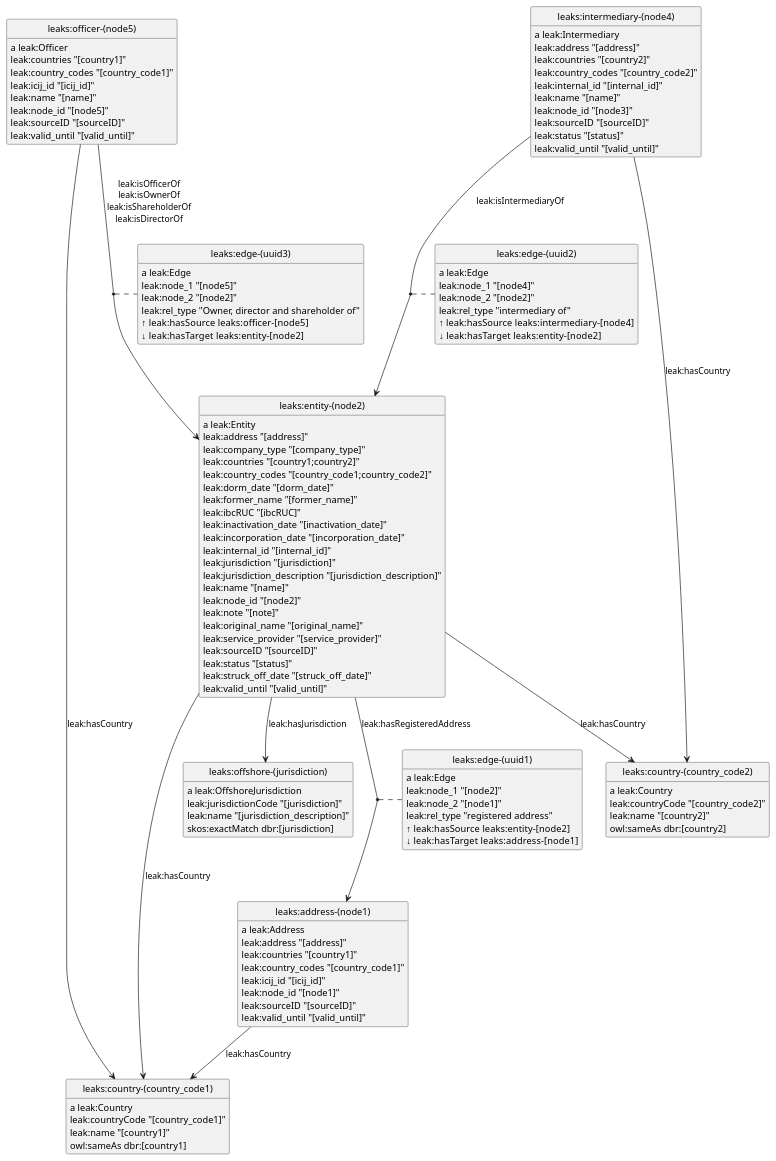
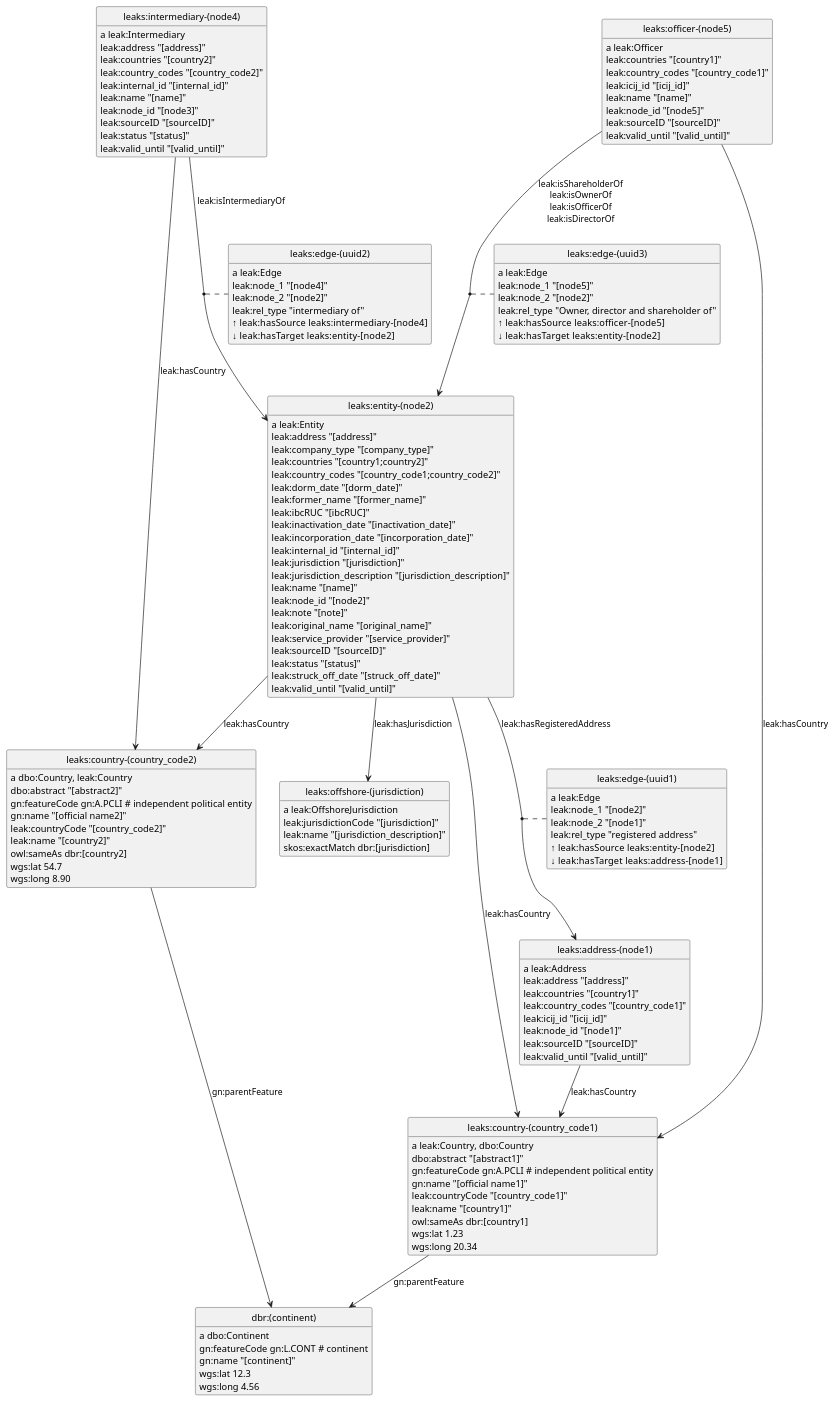
Before and after one commit to Ontotext-AD/leaks: the diagram in model.puml, drawn with PlantUML. The commit also changed 6 other files, not shown here.

```diff
--- a/model.puml
+++ b/model.puml
@@ -1,106 +1,124 @@
 @startuml
 hide empty methods
 hide empty attributes
 hide circle
 skinparam classAttributeIconSize 0
+class leaks_country__country_code1_ as "leaks:country-(country_code1)"
+leaks_country__country_code1_ : a leak:Country, dbo:Country
+class dbr__continent_ as "dbr:(continent)"
+leaks_country__country_code1_ --> dbr__continent_ : gn:parentFeature
+leaks_country__country_code1_ : dbo:abstract "[abstract1]"
+leaks_country__country_code1_ : gn:featureCode gn:A.PCLI # independent political entity
+leaks_country__country_code1_ : gn:name "[official name1]"
+leaks_country__country_code1_ : leak:countryCode "[country_code1]"
+leaks_country__country_code1_ : leak:name "[country1]"
+leaks_country__country_code1_ : owl:sameAs dbr:[country1]
+leaks_country__country_code1_ : wgs:lat 1.23
+leaks_country__country_code1_ : wgs:long 20.34
+class leaks_edge__uuid1_ as "leaks:edge-(uuid1)"
+leaks_edge__uuid1_ : a leak:Edge
+leaks_edge__uuid1_ : leak:node_1 "[node2]"
+leaks_edge__uuid1_ : leak:node_2 "[node1]"
+leaks_edge__uuid1_ : leak:rel_type "registered address"
+dbr__continent_ : a dbo:Continent
+dbr__continent_ : gn:featureCode gn:L.CONT # continent
+dbr__continent_ : gn:name "[continent]"
+dbr__continent_ : wgs:lat 12.3
+dbr__continent_ : wgs:long 4.56
+class leaks_edge__uuid3_ as "leaks:edge-(uuid3)"
+leaks_edge__uuid3_ : a leak:Edge
+leaks_edge__uuid3_ : leak:node_1 "[node5]"
+leaks_edge__uuid3_ : leak:node_2 "[node2]"
+leaks_edge__uuid3_ : leak:rel_type "Owner, director and shareholder of"
+class leaks_address__node1_ as "leaks:address-(node1)"
+leaks_address__node1_ : a leak:Address
+leaks_address__node1_ --> leaks_country__country_code1_ : leak:hasCountry
+leaks_address__node1_ : leak:address "[address]"
+leaks_address__node1_ : leak:countries "[country1]"
+leaks_address__node1_ : leak:country_codes "[country_code1]"
+leaks_address__node1_ : leak:icij_id "[icij_id]"
+leaks_address__node1_ : leak:node_id "[node1]"
+leaks_address__node1_ : leak:sourceID "[sourceID]"
+leaks_address__node1_ : leak:valid_until "[valid_until]"
 class leaks_intermediary__node4_ as "leaks:intermediary-(node4)"
 leaks_intermediary__node4_ : a leak:Intermediary
 class leaks_country__country_code2_ as "leaks:country-(country_code2)"
 leaks_intermediary__node4_ --> leaks_country__country_code2_ : leak:hasCountry
 class leaks_entity__node2_ as "leaks:entity-(node2)"
 leaks_intermediary__node4_ --> leaks_entity__node2_ : leak:isIntermediaryOf
 leaks_intermediary__node4_ : leak:address "[address]"
 leaks_intermediary__node4_ : leak:countries "[country2]"
 leaks_intermediary__node4_ : leak:country_codes "[country_code2]"
 leaks_intermediary__node4_ : leak:internal_id "[internal_id]"
 leaks_intermediary__node4_ : leak:name "[name]"
 leaks_intermediary__node4_ : leak:node_id "[node3]"
 leaks_intermediary__node4_ : leak:sourceID "[sourceID]"
 leaks_intermediary__node4_ : leak:status "[status]"
 leaks_intermediary__node4_ : leak:valid_until "[valid_until]"
-class leaks_edge__uuid1_ as "leaks:edge-(uuid1)"
-leaks_edge__uuid1_ : a leak:Edge
-leaks_edge__uuid1_ : leak:node_1 "[node2]"
-leaks_edge__uuid1_ : leak:node_2 "[node1]"
-leaks_edge__uuid1_ : leak:rel_type "registered address"
 class leaks_edge__uuid2_ as "leaks:edge-(uuid2)"
 leaks_edge__uuid2_ : a leak:Edge
 leaks_edge__uuid2_ : leak:node_1 "[node4]"
 leaks_edge__uuid2_ : leak:node_2 "[node2]"
 leaks_edge__uuid2_ : leak:rel_type "intermediary of"
-class leaks_officer__node5_ as "leaks:officer-(node5)"
-leaks_officer__node5_ : a leak:Officer
-leaks_officer__node5_ --> leaks_entity__node2_ : leak:isOfficerOf\nleak:isOwnerOf\nleak:isShareholderOf\nleak:isDirectorOf
-class leaks_country__country_code1_ as "leaks:country-(country_code1)"
-leaks_officer__node5_ --> leaks_country__country_code1_ : leak:hasCountry
-leaks_officer__node5_ : leak:countries "[country1]"
-leaks_officer__node5_ : leak:country_codes "[country_code1]"
-leaks_officer__node5_ : leak:icij_id "[icij_id]"
-leaks_officer__node5_ : leak:name "[name]"
-leaks_officer__node5_ : leak:node_id "[node5]"
-leaks_officer__node5_ : leak:sourceID "[sourceID]"
-leaks_officer__node5_ : leak:valid_until "[valid_until]"
-leaks_country__country_code1_ : a leak:Country
-leaks_country__country_code1_ : leak:countryCode "[country_code1]"
-leaks_country__country_code1_ : leak:name "[country1]"
-leaks_country__country_code1_ : owl:sameAs dbr:[country1]
 leaks_entity__node2_ : a leak:Entity
-leaks_entity__node2_ --> leaks_country__country_code2_ : leak:hasCountry
+leaks_entity__node2_ --> leaks_country__country_code1_ : leak:hasCountry
 class leaks_offshore__jurisdiction_ as "leaks:offshore-(jurisdiction)"
 leaks_entity__node2_ --> leaks_offshore__jurisdiction_ : leak:hasJurisdiction
-class leaks_address__node1_ as "leaks:address-(node1)"
 leaks_entity__node2_ --> leaks_address__node1_ : leak:hasRegisteredAddress
-leaks_entity__node2_ --> leaks_country__country_code1_ : leak:hasCountry
+leaks_entity__node2_ --> leaks_country__country_code2_ : leak:hasCountry
 leaks_entity__node2_ : leak:address "[address]"
 leaks_entity__node2_ : leak:company_type "[company_type]"
 leaks_entity__node2_ : leak:countries "[country1;country2]"
 leaks_entity__node2_ : leak:country_codes "[country_code1;country_code2]"
 leaks_entity__node2_ : leak:dorm_date "[dorm_date]"
 leaks_entity__node2_ : leak:former_name "[former_name]"
 leaks_entity__node2_ : leak:ibcRUC "[ibcRUC]"
 leaks_entity__node2_ : leak:inactivation_date "[inactivation_date]"
 leaks_entity__node2_ : leak:incorporation_date "[incorporation_date]"
 leaks_entity__node2_ : leak:internal_id "[internal_id]"
 leaks_entity__node2_ : leak:jurisdiction "[jurisdiction]"
 leaks_entity__node2_ : leak:jurisdiction_description "[jurisdiction_description]"
 leaks_entity__node2_ : leak:name "[name]"
 leaks_entity__node2_ : leak:node_id "[node2]"
 leaks_entity__node2_ : leak:note "[note]"
 leaks_entity__node2_ : leak:original_name "[original_name]"
 leaks_entity__node2_ : leak:service_provider "[service_provider]"
 leaks_entity__node2_ : leak:sourceID "[sourceID]"
 leaks_entity__node2_ : leak:status "[status]"
 leaks_entity__node2_ : leak:struck_off_date "[struck_off_date]"
 leaks_entity__node2_ : leak:valid_until "[valid_until]"
-class leaks_edge__uuid3_ as "leaks:edge-(uuid3)"
-leaks_edge__uuid3_ : a leak:Edge
-leaks_edge__uuid3_ : leak:node_1 "[node5]"
-leaks_edge__uuid3_ : leak:node_2 "[node2]"
-leaks_edge__uuid3_ : leak:rel_type "Owner, director and shareholder of"
+class leaks_officer__node5_ as "leaks:officer-(node5)"
+leaks_officer__node5_ : a leak:Officer
+leaks_officer__node5_ --> leaks_entity__node2_ : leak:isShareholderOf\nleak:isOwnerOf\nleak:isOfficerOf\nleak:isDirectorOf
+leaks_officer__node5_ --> leaks_country__country_code1_ : leak:hasCountry
+leaks_officer__node5_ : leak:countries "[country1]"
+leaks_officer__node5_ : leak:country_codes "[country_code1]"
+leaks_officer__node5_ : leak:icij_id "[icij_id]"
+leaks_officer__node5_ : leak:name "[name]"
+leaks_officer__node5_ : leak:node_id "[node5]"
+leaks_officer__node5_ : leak:sourceID "[sourceID]"
+leaks_officer__node5_ : leak:valid_until "[valid_until]"
 leaks_offshore__jurisdiction_ : a leak:OffshoreJurisdiction
 leaks_offshore__jurisdiction_ : leak:jurisdictionCode "[jurisdiction]"
 leaks_offshore__jurisdiction_ : leak:name "[jurisdiction_description]"
 leaks_offshore__jurisdiction_ : skos:exactMatch dbr:[jurisdiction]
-leaks_country__country_code2_ : a leak:Country
+leaks_country__country_code2_ : a dbo:Country, leak:Country
+leaks_country__country_code2_ --> dbr__continent_ : gn:parentFeature
+leaks_country__country_code2_ : dbo:abstract "[abstract2]"
+leaks_country__country_code2_ : gn:featureCode gn:A.PCLI # independent political entity
+leaks_country__country_code2_ : gn:name "[official name2]"
 leaks_country__country_code2_ : leak:countryCode "[country_code2]"
 leaks_country__country_code2_ : leak:name "[country2]"
 leaks_country__country_code2_ : owl:sameAs dbr:[country2]
-leaks_address__node1_ : a leak:Address
-leaks_address__node1_ --> leaks_country__country_code1_ : leak:hasCountry
-leaks_address__node1_ : leak:address "[address]"
-leaks_address__node1_ : leak:countries "[country1]"
-leaks_address__node1_ : leak:country_codes "[country_code1]"
-leaks_address__node1_ : leak:icij_id "[icij_id]"
-leaks_address__node1_ : leak:node_id "[node1]"
-leaks_address__node1_ : leak:sourceID "[sourceID]"
-leaks_address__node1_ : leak:valid_until "[valid_until]"
+leaks_country__country_code2_ : wgs:lat 54.7
+leaks_country__country_code2_ : wgs:long 8.90
 (leaks_intermediary__node4_, leaks_entity__node2_) . leaks_edge__uuid2_
 leaks_edge__uuid2_ : ↑ leak:hasSource leaks:intermediary-[node4]
 leaks_edge__uuid2_ : ↓ leak:hasTarget leaks:entity-[node2]
+(leaks_officer__node5_, leaks_entity__node2_) . leaks_edge__uuid3_
+leaks_edge__uuid3_ : ↑ leak:hasSource leaks:officer-[node5]
+leaks_edge__uuid3_ : ↓ leak:hasTarget leaks:entity-[node2]
 (leaks_entity__node2_, leaks_address__node1_) . leaks_edge__uuid1_
 leaks_edge__uuid1_ : ↑ leak:hasSource leaks:entity-[node2]
 leaks_edge__uuid1_ : ↓ leak:hasTarget leaks:address-[node1]
-(leaks_officer__node5_, leaks_entity__node2_) . leaks_edge__uuid3_
-leaks_edge__uuid3_ : ↑ leak:hasSource leaks:officer-[node5]
-leaks_edge__uuid3_ : ↓ leak:hasTarget leaks:entity-[node2]
 @enduml
```
